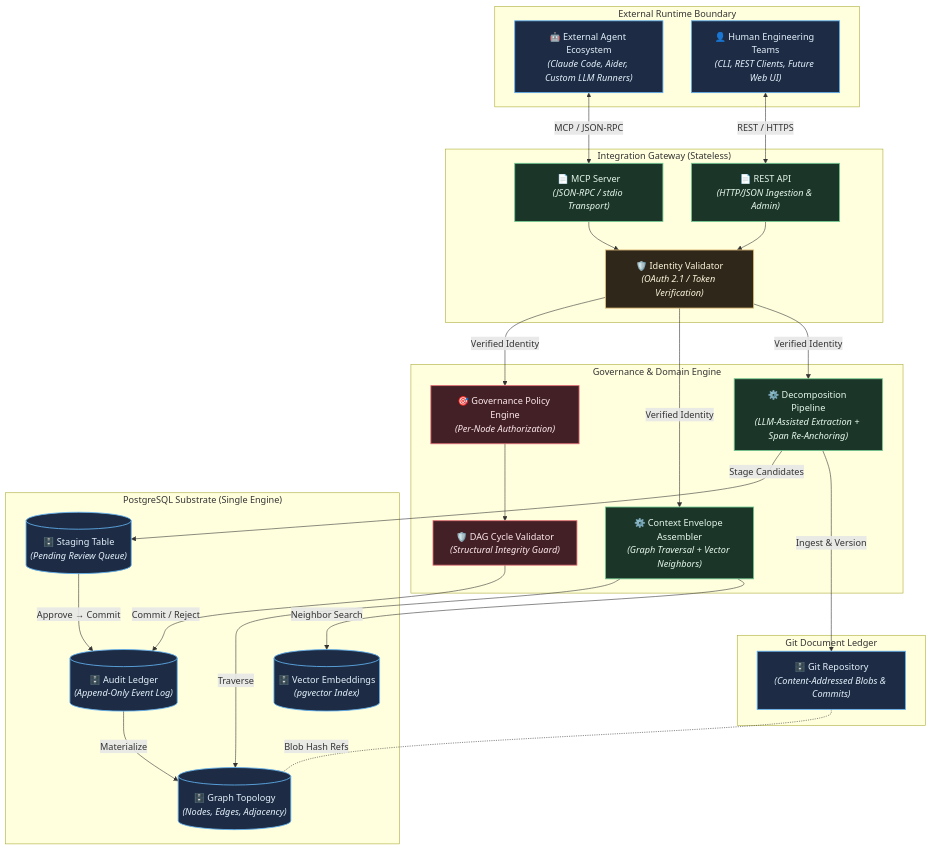
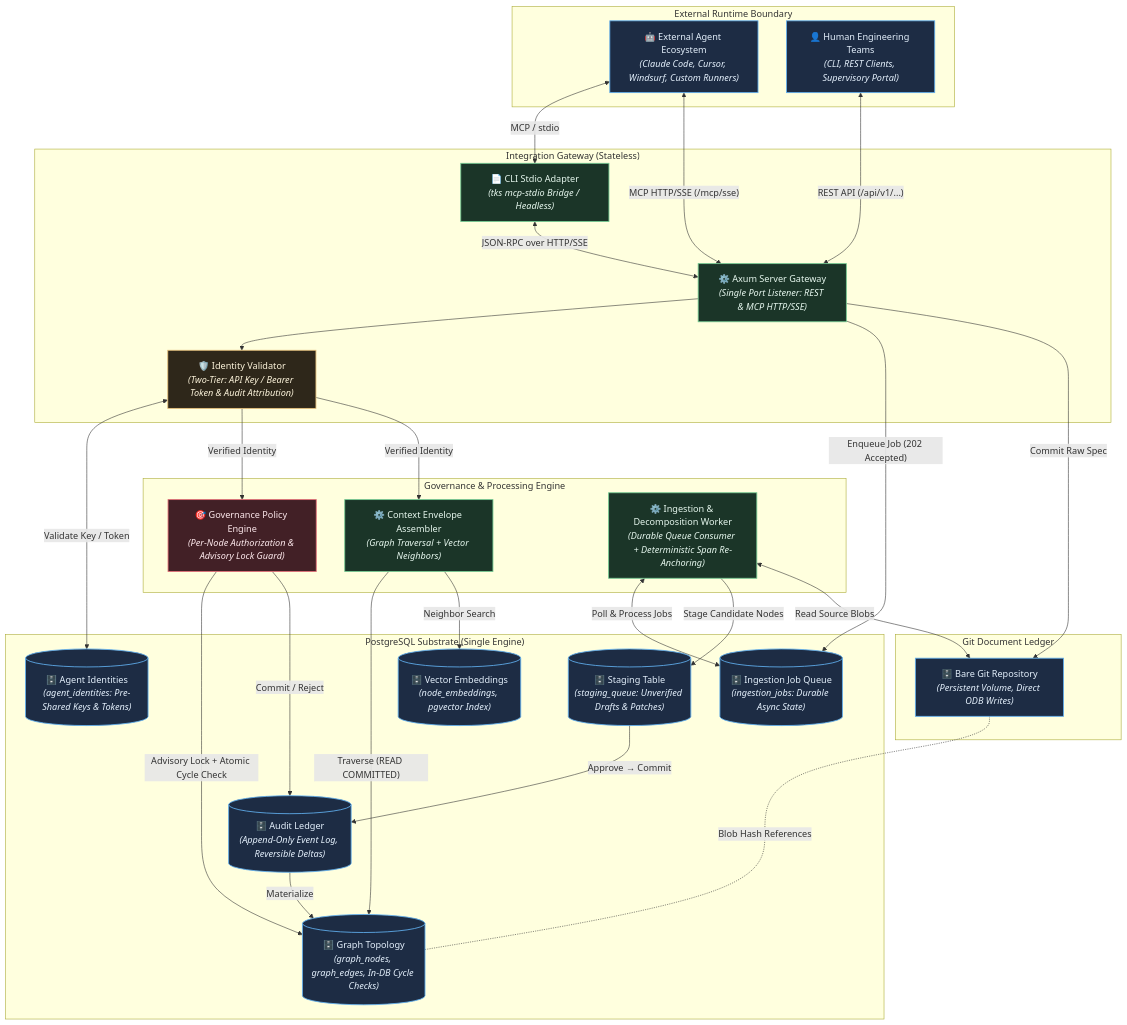
One commit to Shapedsundew9/tks changed the diagram in docs/vision/architecture.md. Above: the diagram before and after it, drawn with Mermaid. The commit also changed other lines of this file and 4 other files, not shown here.

Commit message:
Architecture alignment: iteration 1 (LD: gemini-3.8-flash-high, Arch: gemini-3.8-flash-high)

````diff
--- a/docs/vision/architecture.md
+++ b/docs/vision/architecture.md
@@ -96,48 +96,53 @@
     classDef note fill:#2e271a,stroke:#e5c07b,stroke-width:1.5px,color:#fdf4db;
 
     subgraph External["External Runtime Boundary"]
-        Agents["🤖 External Agent Ecosystem<br/><i>(Claude Code, Aider, Custom LLM Runners)</i>"]:::tertiary
-        Users["👤 Human Engineering Teams<br/><i>(CLI, REST Clients, Future Web UI)</i>"]:::tertiary
+        Agents["🤖 External Agent Ecosystem<br/><i>(Claude Code, Cursor, Windsurf, Custom Runners)</i>"]:::tertiary
+        Users["👤 Human Engineering Teams<br/><i>(CLI, REST Clients, Supervisory Portal)</i>"]:::tertiary
     end
 
     subgraph Gateway["Integration Gateway (Stateless)"]
-        MCP["📄 MCP Server<br/><i>(JSON-RPC / stdio Transport)</i>"]:::secondary
-        REST["📄 REST API<br/><i>(HTTP/JSON Ingestion & Admin)</i>"]:::secondary
-        AuthN["🛡️ Identity Validator<br/><i>(OAuth 2.1 / Token Verification)</i>"]:::note
+        CLIAdapter["📄 CLI Stdio Adapter<br/><i>(tks mcp-stdio Bridge / Headless)</i>"]:::secondary
+        AxumServer["⚙️ Axum Server Gateway<br/><i>(Single Port Listener: REST & MCP HTTP/SSE)</i>"]:::secondary
+        AuthN["🛡️ Identity Validator<br/><i>(Two-Tier: API Key / Bearer Token & Audit Attribution)</i>"]:::note
     end
 
-    subgraph Core["Governance & Domain Engine"]
-        GovEngine["🎯 Governance Policy Engine<br/><i>(Per-Node Authorization)</i>"]:::primary
-        DAGValidator["🛡️ DAG Cycle Validator<br/><i>(Structural Integrity Guard)</i>"]:::primary
+    subgraph Core["Governance & Processing Engine"]
+        GovEngine["🎯 Governance Policy Engine<br/><i>(Per-Node Authorization & Advisory Lock Guard)</i>"]:::primary
         EnvelopeAssembler["⚙️ Context Envelope Assembler<br/><i>(Graph Traversal + Vector Neighbors)</i>"]:::secondary
-        DecompPipeline["⚙️ Decomposition Pipeline<br/><i>(LLM-Assisted Extraction + Span Re-Anchoring)</i>"]:::secondary
+        DecompWorker["⚙️ Ingestion & Decomposition Worker<br/><i>(Durable Queue Consumer + Deterministic Span Re-Anchoring)</i>"]:::secondary
     end
 
     subgraph Storage["PostgreSQL Substrate (Single Engine)"]
-        GraphTopo[("🗄️ Graph Topology<br/><i>(Nodes, Edges, Adjacency)</i>")]:::tertiary
-        VectorIdx[("🗄️ Vector Embeddings<br/><i>(pgvector Index)</i>")]:::tertiary
-        AuditLedger[("🗄️ Audit Ledger<br/><i>(Append-Only Event Log)</i>")]:::tertiary
-        StagingTable[("🗄️ Staging Table<br/><i>(Pending Review Queue)</i>")]:::tertiary
+        GraphTopo[("🗄️ Graph Topology<br/><i>(graph_nodes, graph_edges, In-DB Cycle Checks)</i>")]:::tertiary
+        VectorIdx[("🗄️ Vector Embeddings<br/><i>(node_embeddings, pgvector Index)</i>")]:::tertiary
+        AuditLedger[("🗄️ Audit Ledger<br/><i>(Append-Only Event Log, Reversible Deltas)</i>")]:::tertiary
+        StagingTable[("🗄️ Staging Table<br/><i>(staging_queue: Unverified Drafts & Patches)</i>")]:::tertiary
+        JobQueue[("🗄️ Ingestion Job Queue<br/><i>(ingestion_jobs: Durable Async State)</i>")]:::tertiary
+        Identities[("🗄️ Agent Identities<br/><i>(agent_identities: Pre-Shared Keys & Tokens)</i>")]:::tertiary
     end
 
     subgraph DocStore["Git Document Ledger"]
-        GitRepo["🗄️ Git Repository<br/><i>(Content-Addressed Blobs & Commits)</i>"]:::tertiary
+        GitRepo["🗄️ Bare Git Repository<br/><i>(Persistent Volume, Direct ODB Writes)</i>"]:::tertiary
     end
 
-    Agents <-->|"MCP / JSON-RPC"| MCP
-    Users <-->|"REST / HTTPS"| REST
-    MCP --> AuthN
-    REST --> AuthN
+    Agents <-->|"MCP / stdio"| CLIAdapter
+    CLIAdapter <-->|"JSON-RPC over HTTP/SSE"| AxumServer
+    Agents <-->|"MCP HTTP/SSE (/mcp/sse)"| AxumServer
+    Users <-->|"REST API (/api/v1/...)"| AxumServer
+    AxumServer --> AuthN
+    AuthN <-->|"Validate Key / Token"| Identities
     AuthN -->|"Verified Identity"| GovEngine
     AuthN -->|"Verified Identity"| EnvelopeAssembler
-    AuthN -->|"Verified Identity"| DecompPipeline
-    GovEngine --> DAGValidator
-    DAGValidator -->|"Commit / Reject"| AuditLedger
+    AxumServer -->|"Enqueue Job (202 Accepted)"| JobQueue
+    AxumServer -->|"Commit Raw Spec"| GitRepo
+    DecompWorker <-->|"Poll & Process Jobs"| JobQueue
+    DecompWorker -->|"Stage Candidate Nodes"| StagingTable
+    DecompWorker <-->|"Read Source Blobs"| GitRepo
+    GovEngine -->|"Advisory Lock + Atomic Cycle Check"| GraphTopo
+    GovEngine -->|"Commit / Reject"| AuditLedger
     AuditLedger -->|"Materialize"| GraphTopo
-    EnvelopeAssembler -->|"Traverse"| GraphTopo
+    EnvelopeAssembler -->|"Traverse (READ COMMITTED)"| GraphTopo
     EnvelopeAssembler -->|"Neighbor Search"| VectorIdx
-    DecompPipeline -->|"Stage Candidates"| StagingTable
-    DecompPipeline -->|"Ingest & Version"| GitRepo
-    GitRepo -.-|"Blob Hash Refs"| GraphTopo
     StagingTable -->|"Approve → Commit"| AuditLedger
+    GitRepo -.-|"Blob Hash References"| GraphTopo
 ```
````
